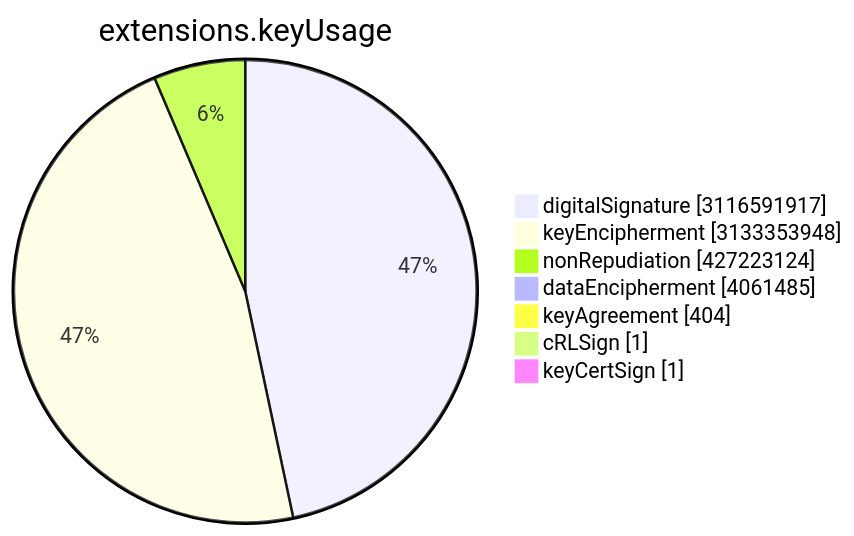
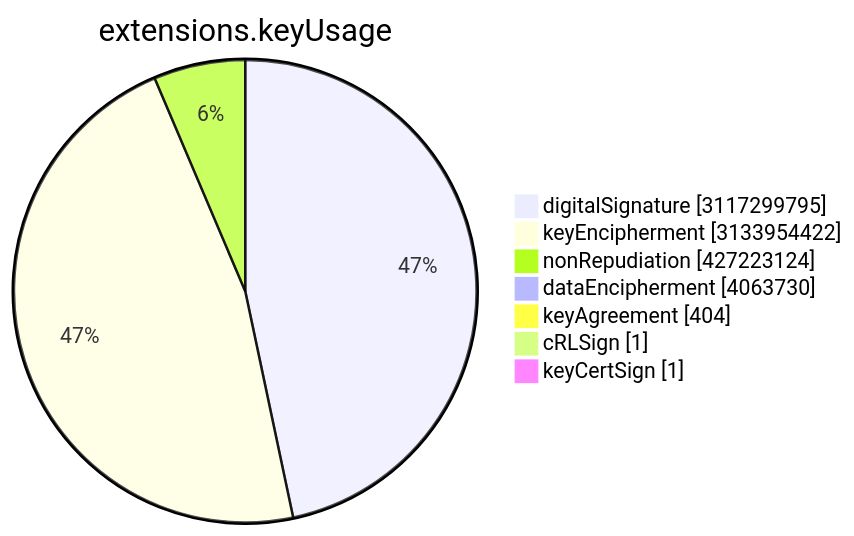
The sixth of 15 diagrams in TOTAL/README.md (christiankrug/ctmonitor_visualization), drawn with Mermaid before and after one commit. The commit also changed other lines of this file, not shown here.

````diff
--- a/TOTAL/README.md
+++ b/TOTAL/README.md
@@ -3077,11 +3077,11 @@
 ```mermaid
 pie showData
 title extensions.keyUsage
-"digitalSignature" :3116591917
-"keyEncipherment" :3133353948
+"digitalSignature" :3117299795
+"keyEncipherment" :3133954422
 "nonRepudiation" :427223124
-"dataEncipherment" :4061485
+"dataEncipherment" :4063730
 "keyAgreement" :404
 "cRLSign" :1
 "keyCertSign" :1
 ```
````
